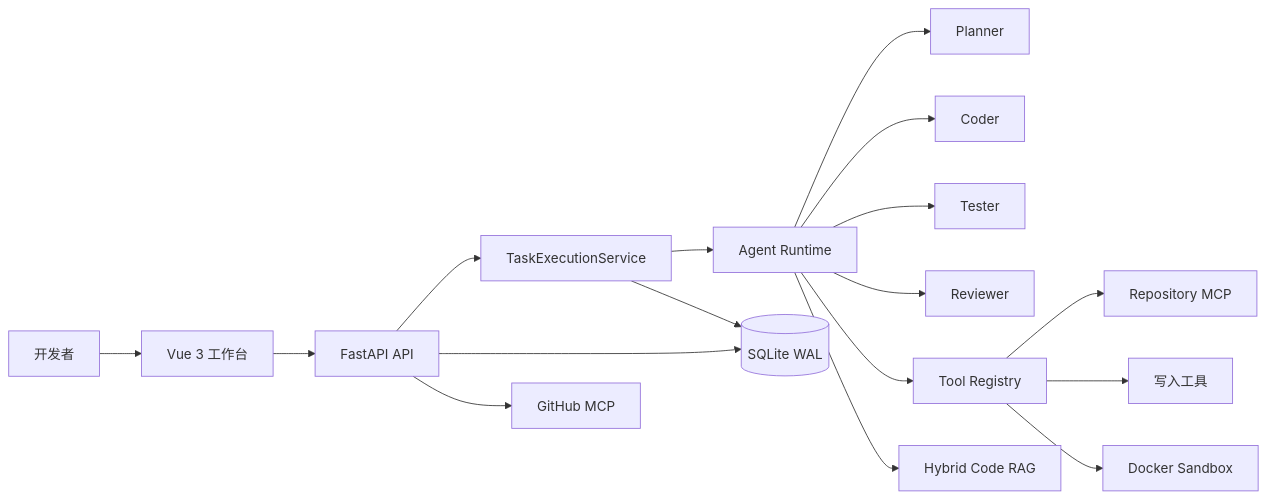
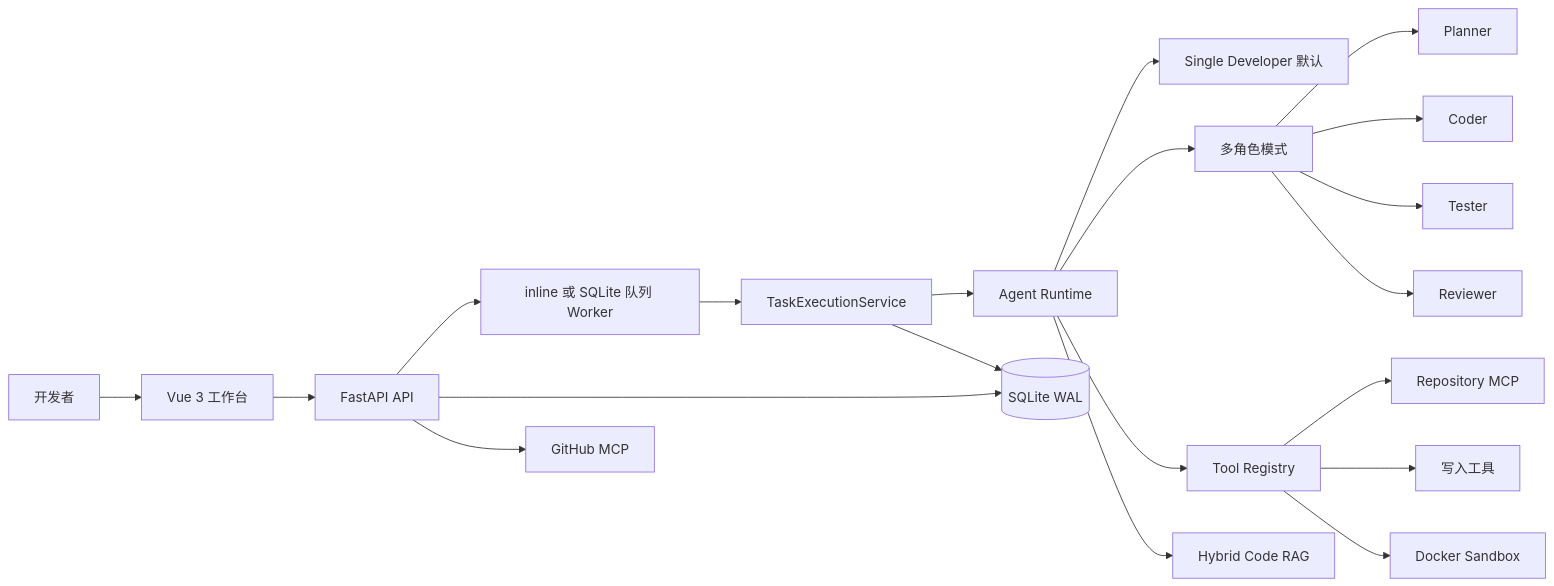
One commit to wzyn20051216/DevPilot changed the second of 3 diagrams in docs/technical-handbook.md. Above: the diagram before and after it, drawn with Mermaid. The commit also changed other lines of this file and 7 other files, not shown here.

````diff
--- a/docs/technical-handbook.md
+++ b/docs/technical-handbook.md
@@ -340,19 +346,22 @@
 ```mermaid
 flowchart LR
     User[开发者] --> Web[Vue 3 工作台]
     Web --> API[FastAPI API]
-    API --> TaskService[TaskExecutionService]
+    API --> Dispatch[inline 或 SQLite 队列 Worker]
+    Dispatch --> TaskService[TaskExecutionService]
     TaskService --> Runtime[Agent Runtime]
-    Runtime --> Planner
-    Runtime --> Coder
-    Runtime --> Tester
-    Runtime --> Reviewer
+    Runtime --> Single[Single Developer 默认]
+    Runtime --> Multi[多角色模式]
+    Multi --> Planner
+    Multi --> Coder
+    Multi --> Tester
+    Multi --> Reviewer
     Runtime --> ToolRegistry[Tool Registry]
     ToolRegistry --> RepoMCP[Repository MCP]
     ToolRegistry --> LocalTools[写入工具]
     ToolRegistry --> Sandbox[Docker Sandbox]
     Runtime --> RAG[Hybrid Code RAG]
     API --> DB[(SQLite WAL)]
     TaskService --> DB
     API --> GitHubMCP[GitHub MCP]
 ```
````
